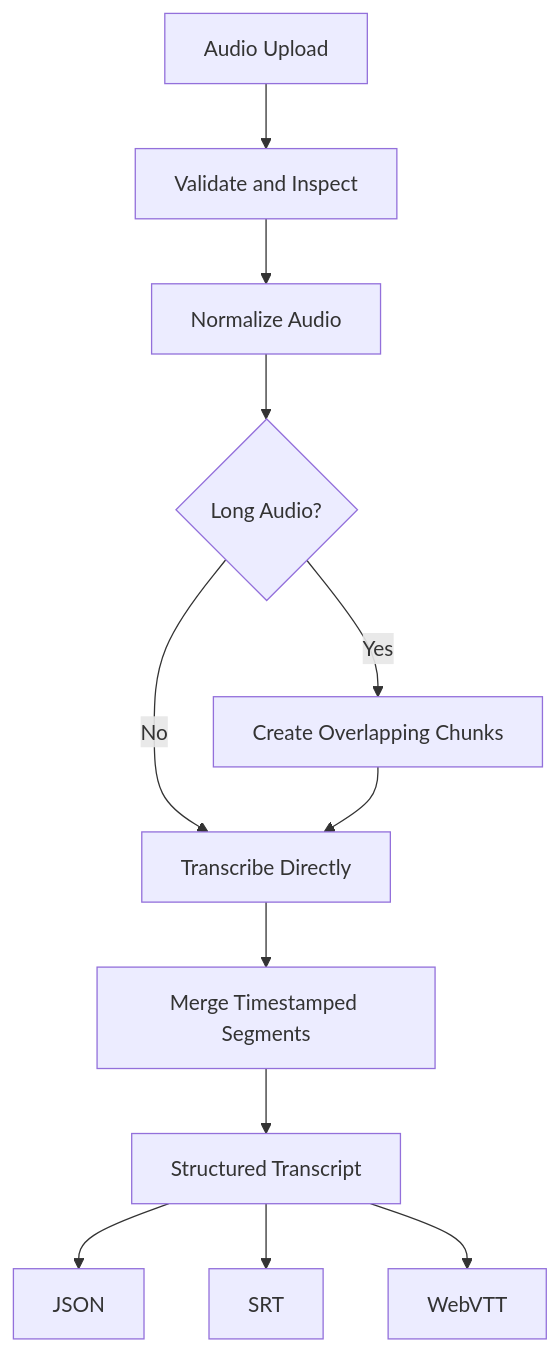
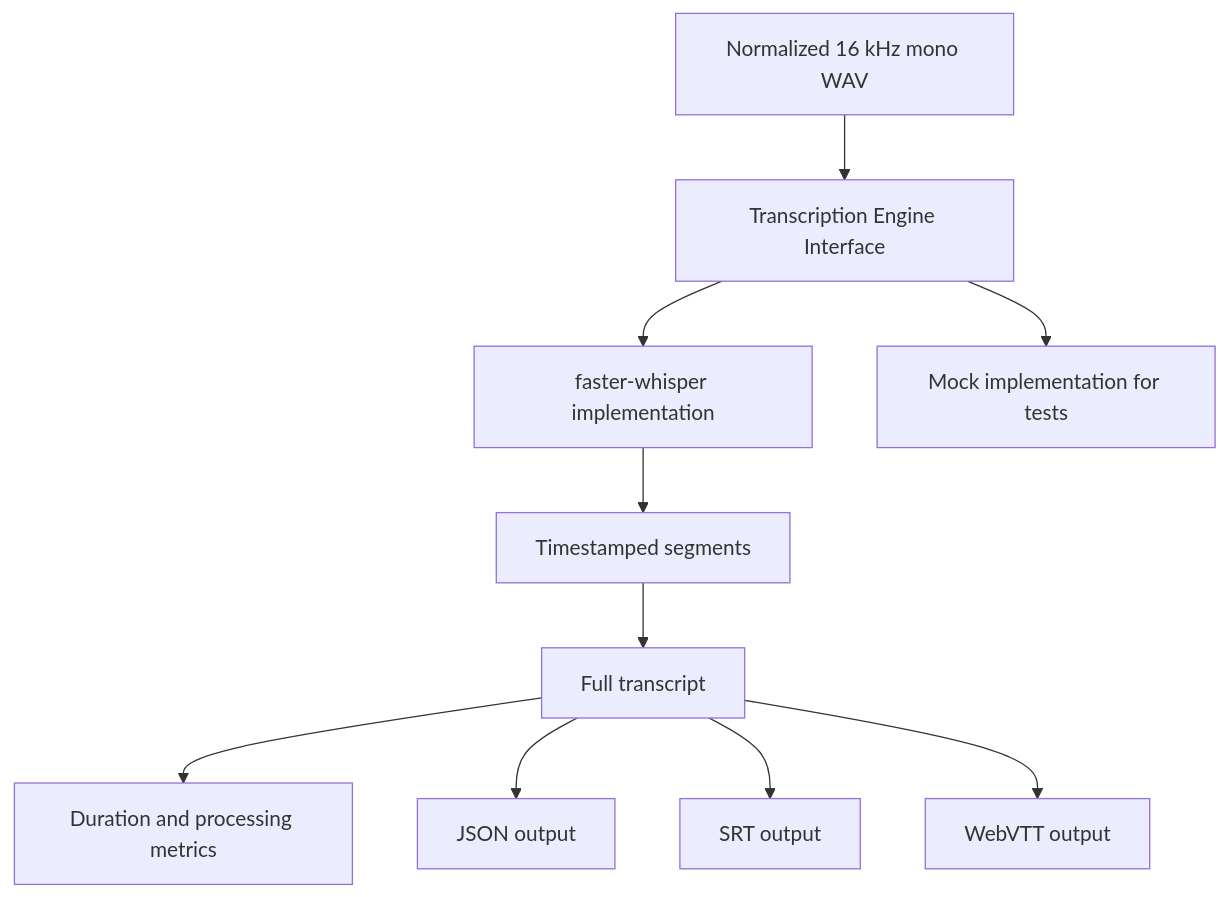
Before and after one commit to aizazmahmood/speech-transcription-service: the fifth of 5 diagrams in README.md, drawn with Mermaid. The commit also changed other lines of this file and 23 other files, not shown here.

````diff
--- a/README.md
+++ b/README.md
@@ -121,16 +311,14 @@
 ```mermaid
 flowchart TD
-    Upload[Audio Upload] --> Validate[Validate and Inspect]
-    Validate --> Normalize[Normalize Audio]
-    Normalize --> Decide{Long Audio?}
+    NormalizedAudio[Normalized 16 kHz mono WAV]
+    NormalizedAudio --> Engine[Transcription Engine Interface]
+    Engine --> Whisper[faster-whisper implementation]
+    Engine --> Mock[Mock implementation for tests]
 
-    Decide -->|No| Transcribe[Transcribe Directly]
-    Decide -->|Yes| Chunk[Create Overlapping Chunks]
-    Chunk --> Transcribe
-
-    Transcribe --> Merge[Merge Timestamped Segments]
-    Merge --> Results[Structured Transcript]
-    Results --> JSON[JSON]
-    Results --> SRT[SRT]
-    Results --> VTT[WebVTT]
+    Whisper --> Segments[Timestamped segments]
+    Segments --> Transcript[Full transcript]
+    Transcript --> Metrics[Duration and processing metrics]
+    Transcript --> JSON[JSON output]
+    Transcript --> SRT[SRT output]
+    Transcript --> VTT[WebVTT output]
 ```
````
